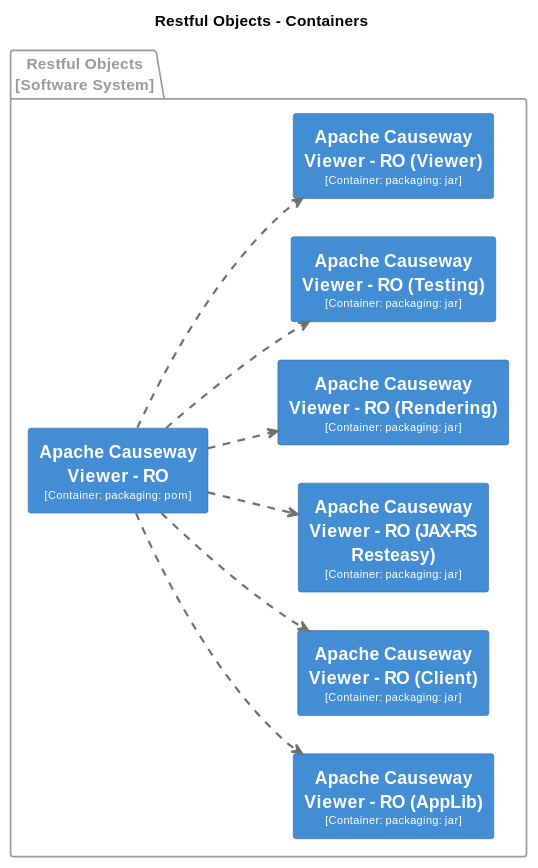
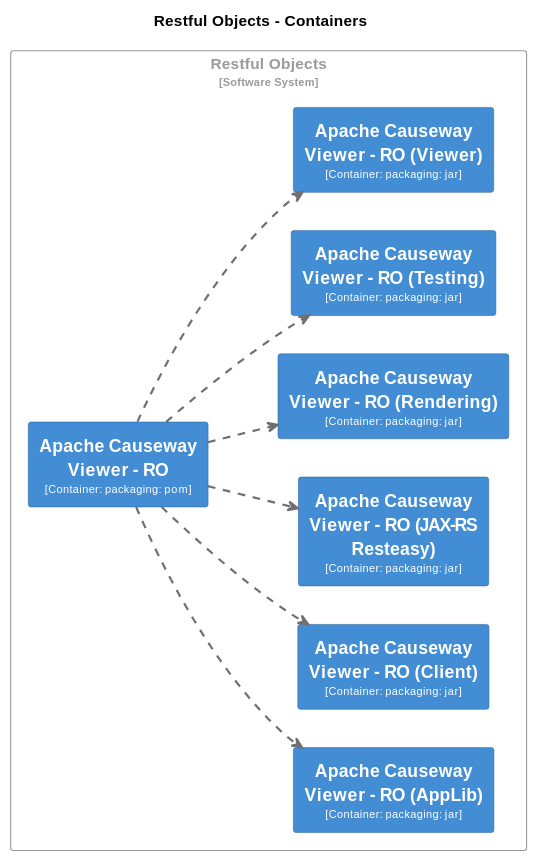
Before and after one commit to apache/causeway: diagram 16 of 31 in core/adoc/modules/_overview/pages/about.adoc, drawn with PlantUML. The commit also changed other lines of this file and 4 other files, not shown here.

```diff
--- a/core/adoc/modules/_overview/pages/about.adoc
+++ b/core/adoc/modules/_overview/pages/about.adoc
@@ -2678,75 +2920,75 @@
 [plantuml,Restful Objects,svg]
 ----
 @startuml
 set separator none
 title Restful Objects - Containers
 
 left to right direction
 
 skinparam {
   shadowing false
   arrowFontSize 10
   defaultTextAlignment center
   wrapWidth 200
   maxMessageSize 100
 }
 
 hide stereotype
 
 skinparam rectangle<<RestfulObjects.ApacheCausewayViewerRO>> {
   BackgroundColor #438dd5
   FontColor #fffffe
   BorderColor #2e6295
 }
 skinparam rectangle<<RestfulObjects.ApacheCausewayViewerROAppLib>> {
   BackgroundColor #438dd5
   FontColor #fffffe
   BorderColor #2e6295
 }
 skinparam rectangle<<RestfulObjects.ApacheCausewayViewerROClient>> {
   BackgroundColor #438dd5
   FontColor #fffffe
   BorderColor #2e6295
 }
 skinparam rectangle<<RestfulObjects.ApacheCausewayViewerROJAXRSResteasy>> {
   BackgroundColor #438dd5
   FontColor #fffffe
   BorderColor #2e6295
 }
 skinparam rectangle<<RestfulObjects.ApacheCausewayViewerRORendering>> {
   BackgroundColor #438dd5
   FontColor #fffffe
   BorderColor #2e6295
 }
 skinparam rectangle<<RestfulObjects.ApacheCausewayViewerROTesting>> {
   BackgroundColor #438dd5
   FontColor #fffffe
   BorderColor #2e6295
 }
 skinparam rectangle<<RestfulObjects.ApacheCausewayViewerROViewer>> {
   BackgroundColor #438dd5
   FontColor #fffffe
   BorderColor #2e6295
 }
 
-package "Restful Objects\n[Software System]" <<RestfulObjects>> {
-  skinparam PackageBorderColor<<RestfulObjects>> #9a9a9a
-  skinparam PackageFontColor<<RestfulObjects>> #9a9a9a
+rectangle "Restful Objects\n<size:10>[Software System]</size>" <<RestfulObjects>> {
+  skinparam RectangleBorderColor<<RestfulObjects>> #9a9a9a
+  skinparam RectangleFontColor<<RestfulObjects>> #9a9a9a
 
   rectangle "==Apache Causeway Viewer - RO\n<size:10>[Container: packaging: pom]</size>" <<RestfulObjects.ApacheCausewayViewerRO>> as RestfulObjects.ApacheCausewayViewerRO
   rectangle "==Apache Causeway Viewer - RO (AppLib)\n<size:10>[Container: packaging: jar]</size>" <<RestfulObjects.ApacheCausewayViewerROAppLib>> as RestfulObjects.ApacheCausewayViewerROAppLib
   rectangle "==Apache Causeway Viewer - RO (Client)\n<size:10>[Container: packaging: jar]</size>" <<RestfulObjects.ApacheCausewayViewerROClient>> as RestfulObjects.ApacheCausewayViewerROClient
   rectangle "==Apache Causeway Viewer - RO (JAX-RS Resteasy)\n<size:10>[Container: packaging: jar]</size>" <<RestfulObjects.ApacheCausewayViewerROJAXRSResteasy>> as RestfulObjects.ApacheCausewayViewerROJAXRSResteasy
   rectangle "==Apache Causeway Viewer - RO (Rendering)\n<size:10>[Container: packaging: jar]</size>" <<RestfulObjects.ApacheCausewayViewerRORendering>> as RestfulObjects.ApacheCausewayViewerRORendering
   rectangle "==Apache Causeway Viewer - RO (Testing)\n<size:10>[Container: packaging: jar]</size>" <<RestfulObjects.ApacheCausewayViewerROTesting>> as RestfulObjects.ApacheCausewayViewerROTesting
   rectangle "==Apache Causeway Viewer - RO (Viewer)\n<size:10>[Container: packaging: jar]</size>" <<RestfulObjects.ApacheCausewayViewerROViewer>> as RestfulObjects.ApacheCausewayViewerROViewer
 }
 
 RestfulObjects.ApacheCausewayViewerRO .[#707070,thickness=2].> RestfulObjects.ApacheCausewayViewerROClient : "<color:#707070>"
 RestfulObjects.ApacheCausewayViewerRO .[#707070,thickness=2].> RestfulObjects.ApacheCausewayViewerROJAXRSResteasy : "<color:#707070>"
 RestfulObjects.ApacheCausewayViewerRO .[#707070,thickness=2].> RestfulObjects.ApacheCausewayViewerRORendering : "<color:#707070>"
 RestfulObjects.ApacheCausewayViewerRO .[#707070,thickness=2].> RestfulObjects.ApacheCausewayViewerROTesting : "<color:#707070>"
 RestfulObjects.ApacheCausewayViewerRO .[#707070,thickness=2].> RestfulObjects.ApacheCausewayViewerROViewer : "<color:#707070>"
 RestfulObjects.ApacheCausewayViewerRO .[#707070,thickness=2].> RestfulObjects.ApacheCausewayViewerROAppLib : "<color:#707070>"
 @enduml
 ----
```
